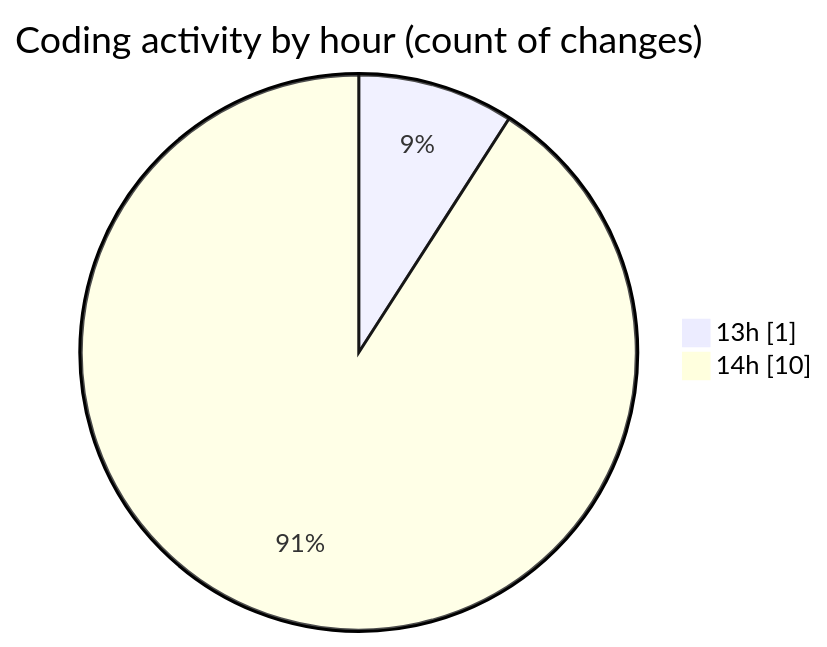
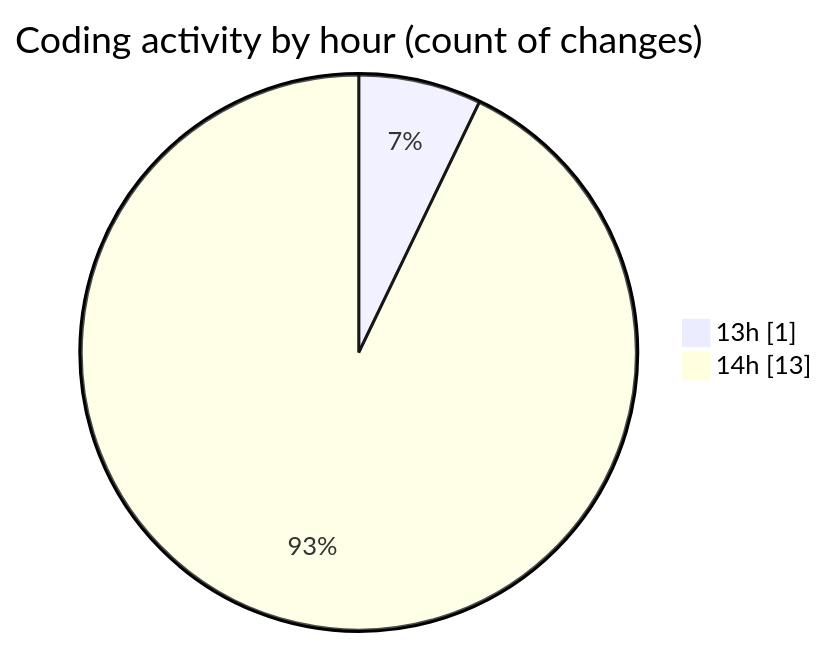
The second of 2 diagrams in 2025-11-01/futsal_rekomendasi/README.md (idhammustaqopulfikri/code-tracking), drawn with Mermaid before and after one commit. The commit also changed other lines of this file and 1 other file, not shown here.

````diff
--- a/2025-11-01/futsal_rekomendasi/README.md
+++ b/2025-11-01/futsal_rekomendasi/README.md
@@ -36,6 +37,6 @@
 ```mermaid
 pie showData
 title Coding activity by hour (count of changes)
 "13h" : 1
-"14h" : 10
+"14h" : 13
 ```
````
